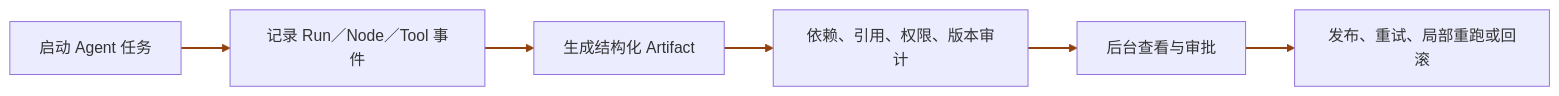
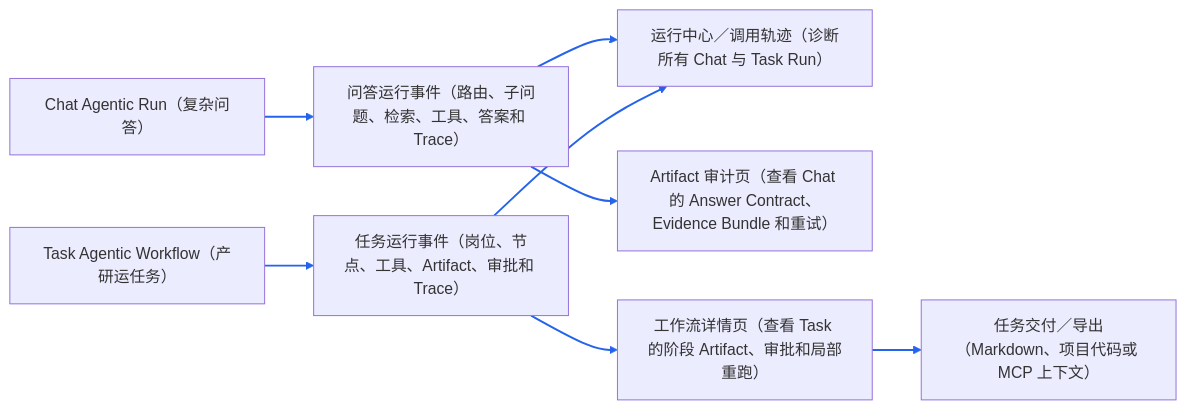
Diagram 17 of 37 in docs/interview/功能步骤流程.md (monstereatai/RAG), drawn with Mermaid before and after one commit. The commit also changed other lines of this file and 21 other files, not shown here.

````diff
--- a/docs/interview/功能步骤流程.md
+++ b/docs/interview/功能步骤流程.md
@@ -1554,9 +1841,11 @@
 ```mermaid
 flowchart LR
-A[启动 Agent 任务] --> B[记录 Run／Node／Tool 事件]
-  B --> C[生成结构化 Artifact]
-  C --> D[依赖、引用、权限、版本审计]
-  D --> E[后台查看与审批]
-  E --> F[发布、重试、局部重跑或回滚]
-  linkStyle 0,1,2,3,4 stroke:#92400e,stroke-width:2px
+ A[Chat Agentic Run（复杂问答）] --> B[问答运行事件（路由、子问题、检索、工具、答案和 Trace）]
+  C[Task Agentic Workflow（产研运任务）] --> D[任务运行事件（岗位、节点、工具、Artifact、审批和 Trace）]
+  B --> E[运行中心／调用轨迹（诊断所有 Chat 与 Task Run）]
+  D --> E
+  B --> F[Artifact 审计页（查看 Chat 的 Answer Contract、Evidence Bundle 和重试）]
+  D --> G[工作流详情页（查看 Task 的阶段 Artifact、审批和局部重跑）]
+  G --> H[任务交付／导出（Markdown、项目代码或 MCP 上下文）]
+  linkStyle 0,1,2,3,4,5,6 stroke:#2563eb,stroke-width:2px
 ```
````
